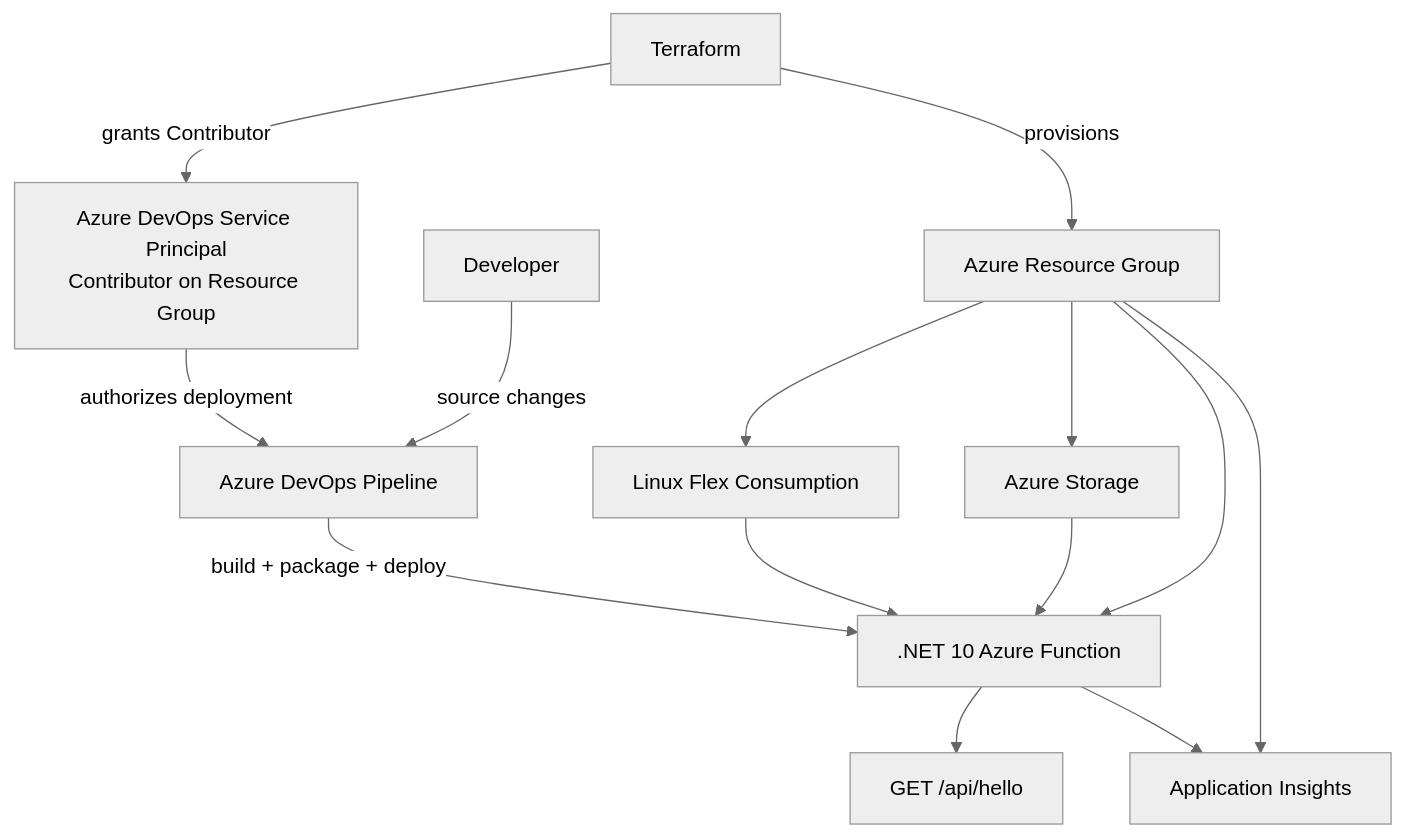
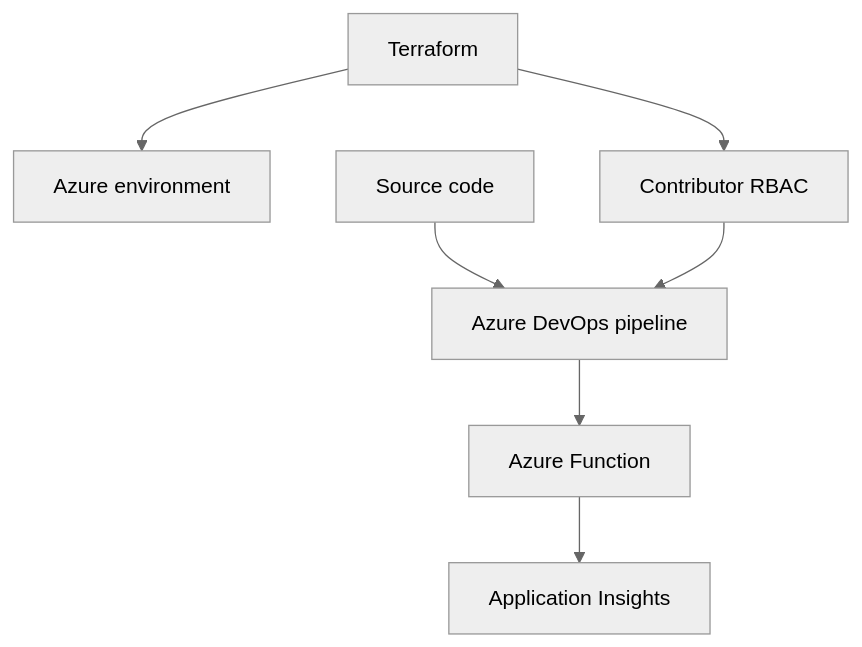
One commit to considerable/csharp-python-poc changed the first of 6 diagrams in README.md. Above: the diagram before and after it, drawn with Mermaid (neutral theme). The commit also changed other lines of this file and 1 other file, not shown here.

````diff
--- a/README.md
+++ b/README.md
@@ -28,36 +27,11 @@
 ```mermaid
-flowchart TB
-    DEV["Developer"]
+flowchart TD
+    TF["Terraform"] --> ENV["Azure environment"]
+    TF --> RBAC["Contributor RBAC"]
 
-    TF["Terraform"]
-    RG["Azure Resource Group"]
+    SRC["Source code"] --> PIPE["Azure DevOps pipeline"]
+    RBAC --> PIPE
 
-    RBAC["Azure DevOps Service Principal<br/>Contributor on Resource Group"]
-
-    STORAGE["Azure Storage"]
-    PLAN["Linux Flex Consumption"]
-    FUNC[".NET 10 Azure Function"]
-    AI["Application Insights"]
-
-    PIPE["Azure DevOps Pipeline"]
-    APP["GET /api/hello"]
-
-    DEV -->|source changes| PIPE
-
-    TF -->|provisions| RG
-    TF -->|grants Contributor| RBAC
-
-    RG --> STORAGE
-    RG --> PLAN
-    RG --> FUNC
-    RG --> AI
-
-    STORAGE --> FUNC
-    PLAN --> FUNC
-
-    RBAC -->|authorizes deployment| PIPE
-
-    PIPE -->|build + package + deploy| FUNC
-    FUNC --> APP
-    FUNC --> AI
+    PIPE --> FUNC["Azure Function"]
+    FUNC --> AI["Application Insights"]
 ```
````
